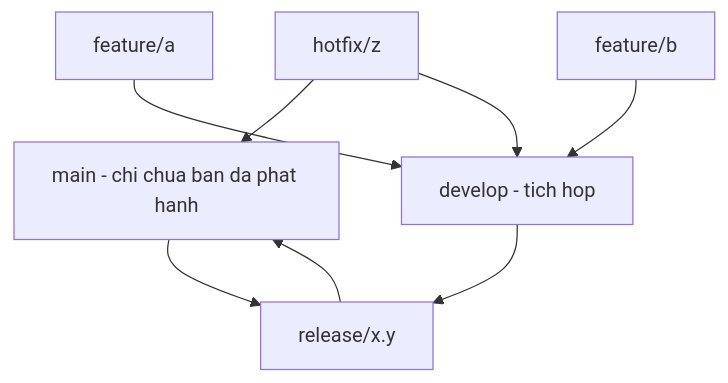
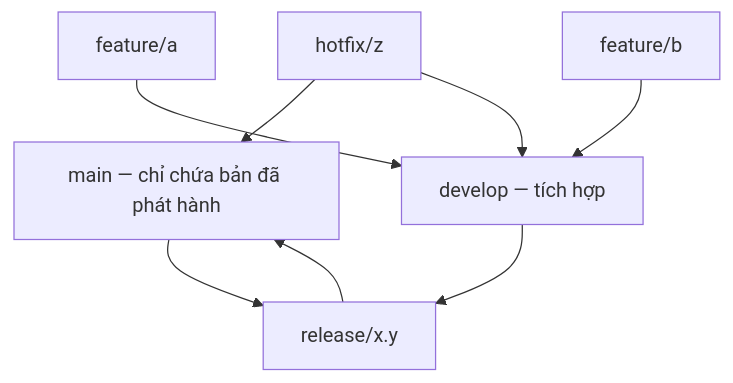
Before and after one commit to TienNHM/tiennhm.github.io: the second of 3 diagrams in docs/09-dotnet-backend-zero-to-senior/stage-01-foundation/module-03-git-developer-workflow/3.8-real-world-developer-workflow.mdx, drawn with Mermaid. The commit also changed other lines of this file and 17 other files, not shown here.

````diff
--- a/docs/09-dotnet-backend-zero-to-senior/stage-01-foundation/module-03-git-developer-workflow/3.8-real-world-developer-workflow.mdx
+++ b/docs/09-dotnet-backend-zero-to-senior/stage-01-foundation/module-03-git-developer-workflow/3.8-real-world-developer-workflow.mdx
@@ -66,10 +66,10 @@
 ```mermaid
 flowchart TD
-    M[main - chi chua ban da phat hanh] --> R[release/x.y]
-    D[develop - tich hop] --> R
+    M[main — chỉ chứa bản đã phát hành] --> R[release/x.y]
+    D[develop — tích hợp] --> R
     F1[feature/a] --> D
     F2[feature/b] --> D
     R --> M
     H[hotfix/z] --> M
     H --> D
 ```
````
